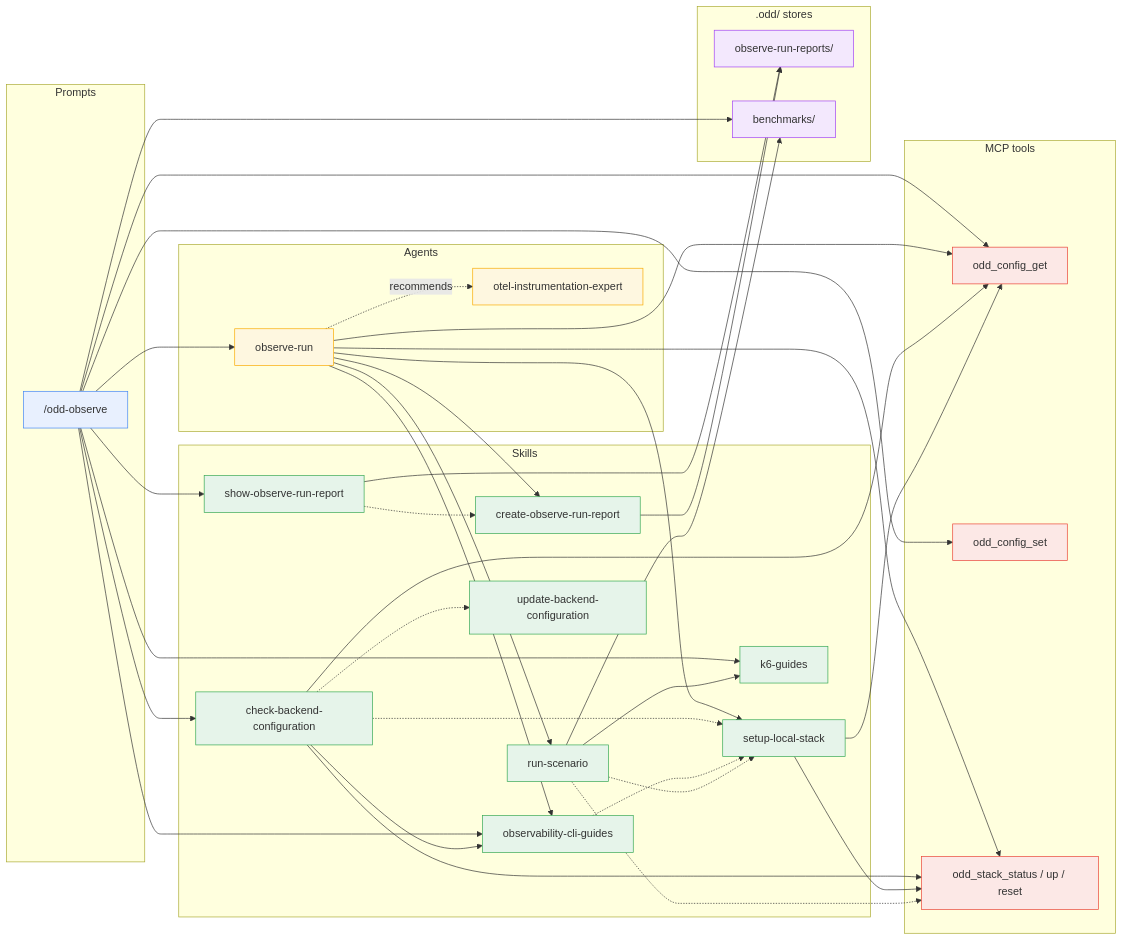
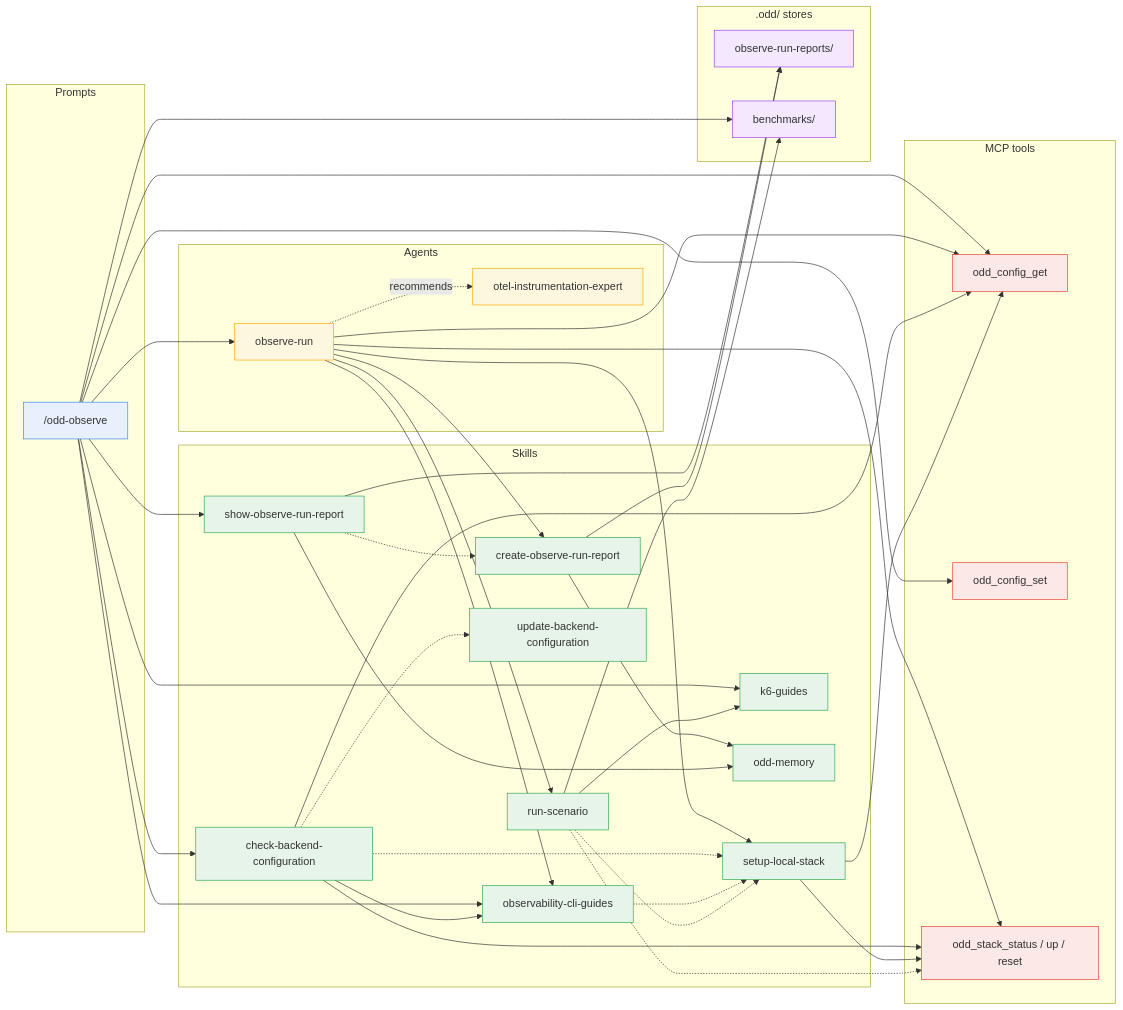
The third of 7 diagrams in docs/guide/dependencies.md (using-system/oddyssey), drawn with Mermaid before and after one commit. The commit also changed other lines of this file and 12 other files, not shown here.

Commit message:
feat(skill): odd-memory - one contract for the .odd/ memory, each create and show skill keeps only its specifics (#315)

````diff
--- a/docs/guide/dependencies.md
+++ b/docs/guide/dependencies.md
@@ -146,78 +154,82 @@
 ```mermaid
 flowchart LR
   subgraph Prompts
     observe["/odd-observe"]
   end
 
   subgraph Agents
     runner[observe-run]
     expert[otel-instrumentation-expert]
   end
 
   subgraph Skills
     cbc[check-backend-configuration]
     ocg[observability-cli-guides]
     sls[setup-local-stack]
     rs[run-scenario]
     kg[k6-guides]
     corr[create-observe-run-report]
     sorr[show-observe-run-report]
+    mem[odd-memory]
     ubc[update-backend-configuration]
   end
 
   subgraph MCP["MCP tools"]
     cfgget[odd_config_get]
     cfgset[odd_config_set]
     stack[odd_stack_status / up / reset]
   end
 
   subgraph Stores[".odd/ stores"]
     obsdir[observe-run-reports/]
     benchdir[benchmarks/]
   end
 
   observe --> runner
   observe --> cbc
   observe --> sorr
   observe --> cfgget
   observe --> cfgset
   observe --> kg
   observe --> ocg
   observe --> benchdir
   sorr -.-> corr
   sorr --> obsdir
 
   runner --> ocg
   runner --> sls
   runner --> rs
   runner --> corr
   runner --> cfgget
   runner --> stack
   runner -. recommends .-> expert
 
   cbc -.-> sls
   cbc -.-> ubc
   cbc --> ocg
   cbc --> cfgget
   cbc --> stack
   ocg -.-> sls
   sls --> cfgget
   sls --> stack
   rs -.-> stack
   rs -.-> sls
   rs --> kg
   rs --> benchdir
 
   corr --> obsdir
 
+  corr --> mem
+  sorr --> mem
+
   classDef prompt fill:#e8f0fe,stroke:#4285f4
   classDef agent fill:#fef7e0,stroke:#f9ab00
   classDef skill fill:#e6f4ea,stroke:#34a853
   classDef mcp fill:#fce8e6,stroke:#ea4335
   classDef store fill:#f3e8fd,stroke:#a142f4
   class observe prompt
   class runner,expert agent
-  class cbc,ocg,sls,rs,kg,corr,sorr,ubc skill
+  class cbc,ocg,sls,rs,kg,corr,sorr,ubc,mem skill
   class cfgget,cfgset,stack mcp
   class obsdir,benchdir store
 ```
````
